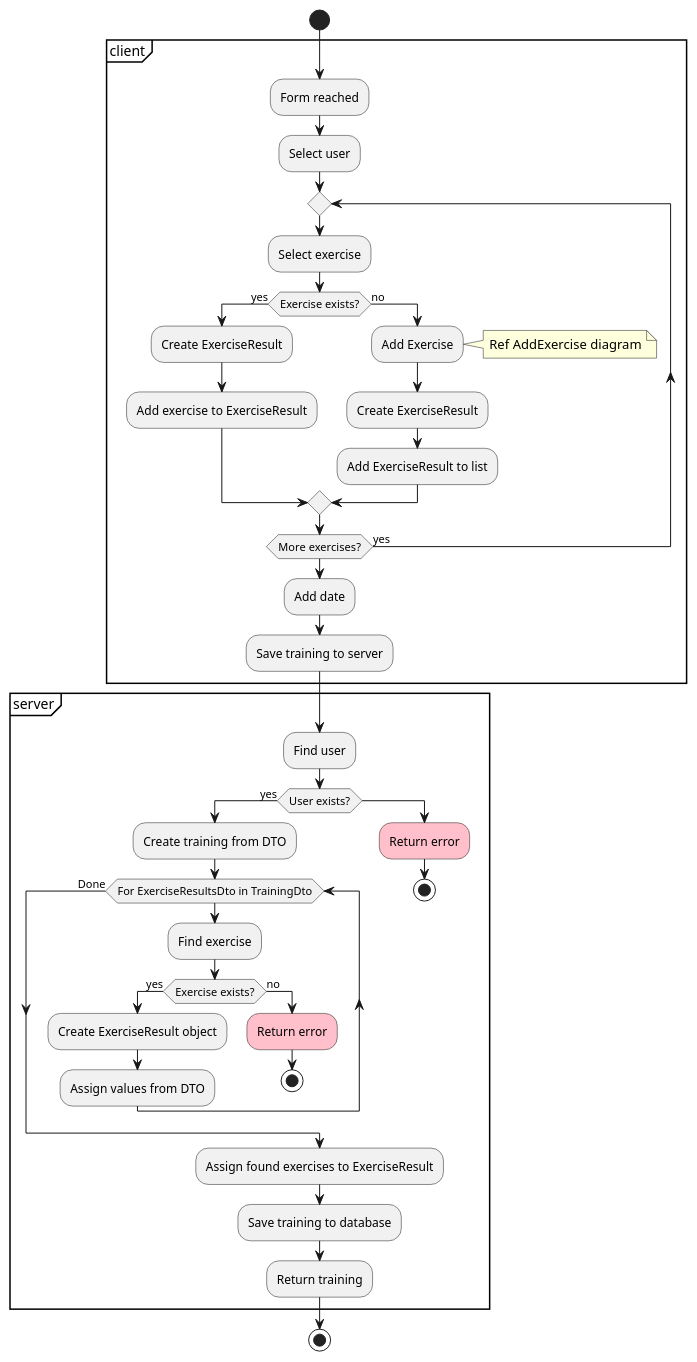
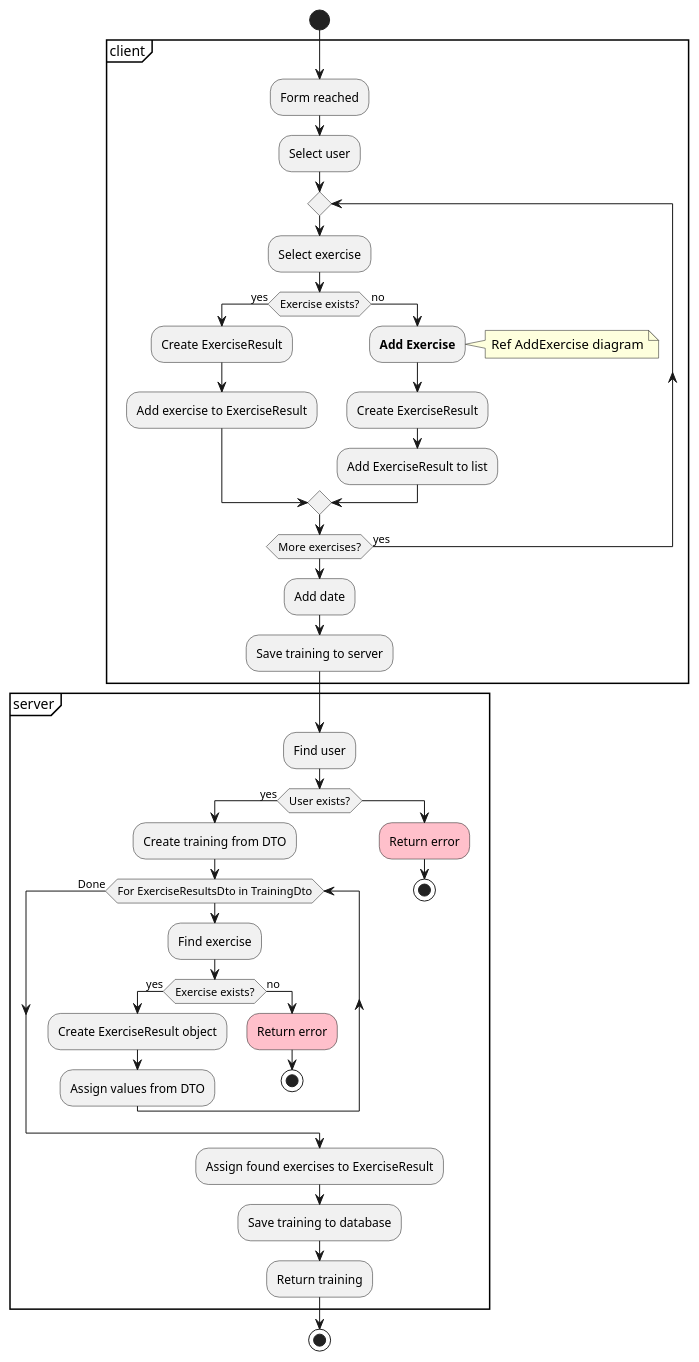
Before and after one commit to bedziox/VersaLog: the ninth of 12 diagrams in docs/Documentation.puml, drawn with PlantUML. The commit also changed other lines of this file and 20 other files, not shown here.

```diff
--- a/docs/Documentation.puml
+++ b/docs/Documentation.puml
@@ -426,44 +426,44 @@
 @startuml AddTrainingAdmin
 start
 partition client{
 :Form reached;
 :Select user;
 repeat
 :Select exercise;
 if (Exercise exists?) then (yes)
     :Create ExerciseResult;
     :Add exercise to ExerciseResult;
 else (no)
-    :Add Exercise;
+    :**Add Exercise**;
     note right: Ref AddExercise diagram
     :Create ExerciseResult;
     :Add ExerciseResult to list;
 endif
 repeat while (More exercises?) is (yes)
 :Add date;
 :Save training to server;
 }
 partition server{
     :Find user;
     if (User exists?) then (yes)
     :Create training from DTO;
     while (For ExerciseResultsDto in TrainingDto)
         :Find exercise;
         if (Exercise exists?) then (yes)
             :Create ExerciseResult object;
             :Assign values from DTO;
         else (no)
             #pink:Return error;
             stop
         endif
     endwhile (Done)
     else
         #pink:Return error;
         stop
     endif
     :Assign found exercises to ExerciseResult;
     :Save training to database;
     :Return training;
 }
 stop
 @enduml
```
